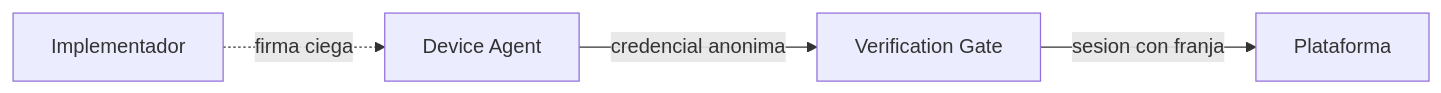
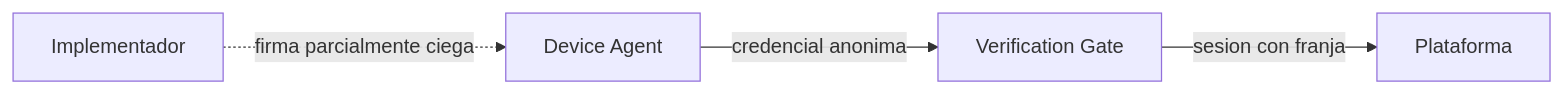
Before and after one commit to jorgej-ramos/AAVP: the first of 4 diagrams in README.md, drawn with Mermaid. The commit also changed other lines of this file and 4 other files, not shown here.

````diff
--- a/README.md
+++ b/README.md
@@ -75,6 +75,6 @@
 ```mermaid
 graph LR
     DA[Device Agent] -->|credencial anonima| VG[Verification Gate]
     VG -->|sesion con franja| APP[Plataforma]
-    IM[Implementador] -.->|firma ciega| DA
+    IM[Implementador] -.->|firma parcialmente ciega| DA
 ```
````
